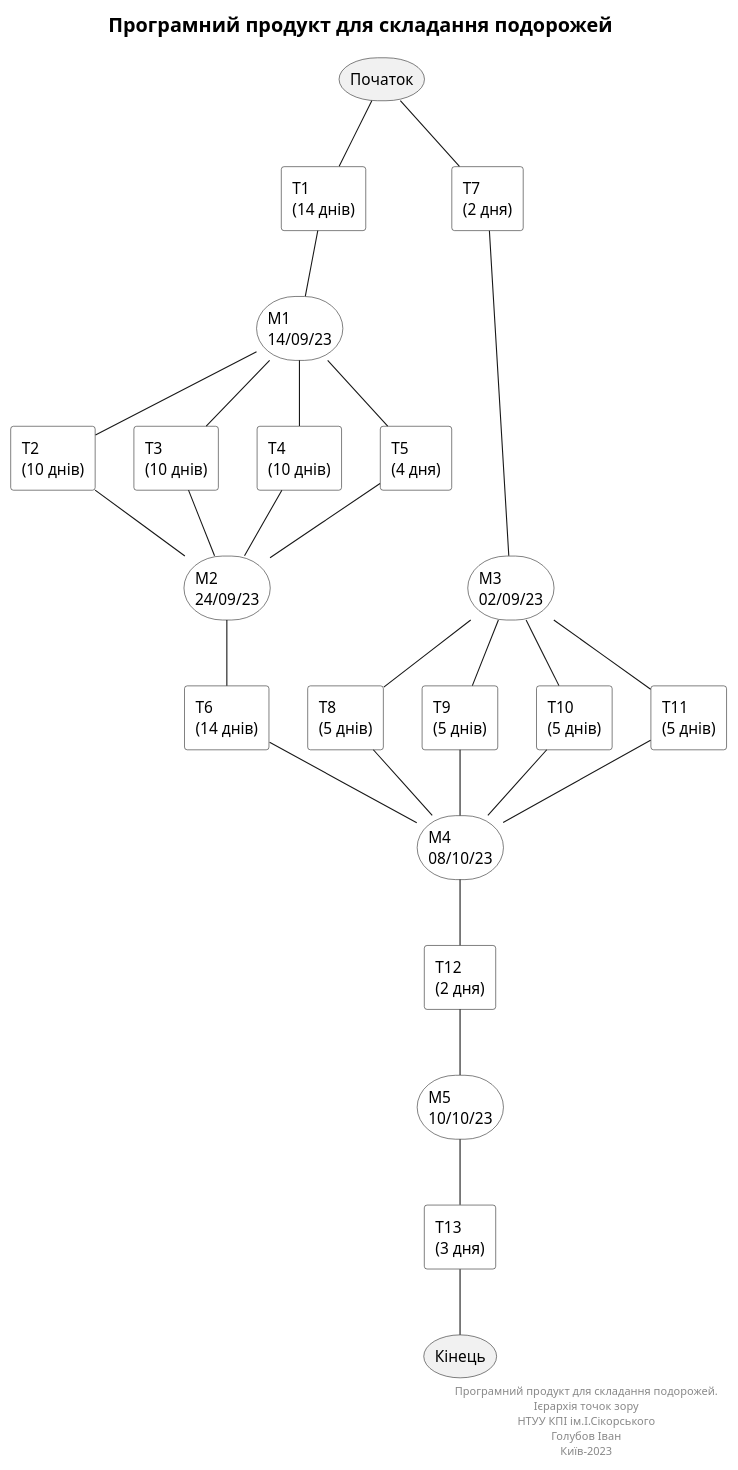
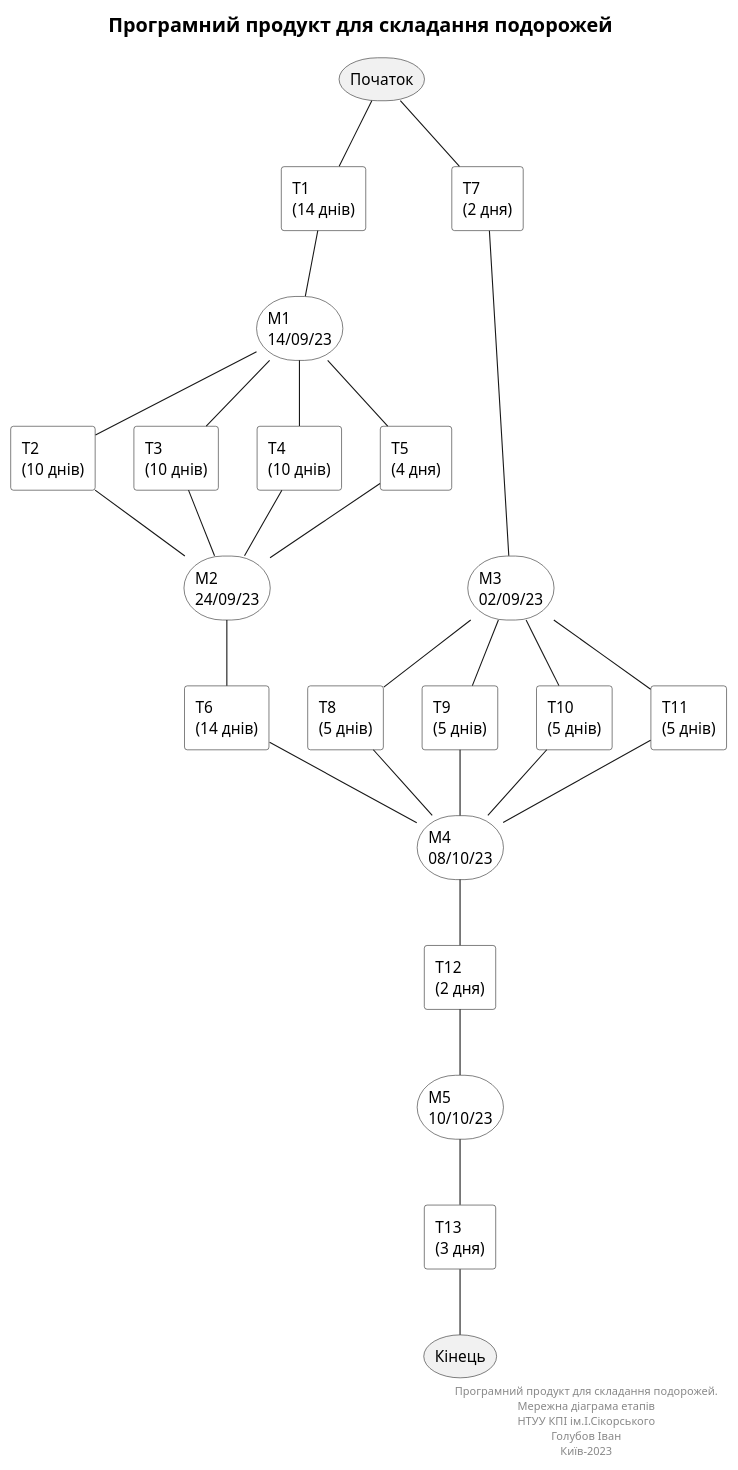
Before and after one commit to vano7577/route_planning_system_for_various_vehicles: the diagram in T_5.1.puml, drawn with PlantUML.

```diff
--- a/T_5.1.puml
+++ b/T_5.1.puml
@@ -1,61 +1,61 @@
 @startuml T_5.1
 title
 <font size=18 color=black>Програмний продукт для складання подорожей
 end title
 storage "Початок" as start_name
 storage "Кiнець" as end_name
 rectangle "T1\n(14 днiв)" as T1 #White
 rectangle "T2\n(10 днiв)" as T2 #White
 rectangle "T3\n(10 днiв)" as T3 #White
 rectangle "T4\n(10 днiв)" as T4 #White
 rectangle "T5\n(4 дня)" as T5 #White
 rectangle "T6\n(14 днiв)" as T6 #White
 rectangle "T7\n(2 дня)" as T7 #White
 rectangle "T8\n(5 днiв)" as T8 #White
 rectangle "T9\n(5 днiв)" as T9 #White
 rectangle "T10\n(5 днiв)" as T10 #White
 rectangle "T11\n(5 днiв)" as T11 #White
 rectangle "T12\n(2 дня)" as T12 #White
 rectangle "T13\n(3 дня)" as T13 #White
 storage "M1\n14/09/23" as M1 #White
 storage "M2\n24/09/23" as M2 #White
 storage "M3\n02/09/23" as M3 #White
 storage "M4\n08/10/23" as M4 #White
 storage "M5\n10/10/23" as M5 #White
 
 start_name--T1
 T1--M1
 M1--T2
 M1--T3
 M1--T4
 M1--T5
 T2--M2
 T3--M2
 T4--M2
 T5--M2
 M2--T6
 start_name--T7
 T7--M3
 M3--T8
 M3--T9
 M3--T10
 M3--T11
 T6--M4
 T8--M4
 T9--M4
 T10--M4
 T11--M4
 M4--T12
 T12--M5
 M5--T13
 T13--end_name
 
 right footer
     Програмний продукт для складання подорожей.
-    Ієрархія точок зору
+    Мережна діаграма етапів
     НТУУ КПІ ім.І.Сікорського
     Голубов Iван
     Київ-2023
 end footer
 
 @enduml
```
